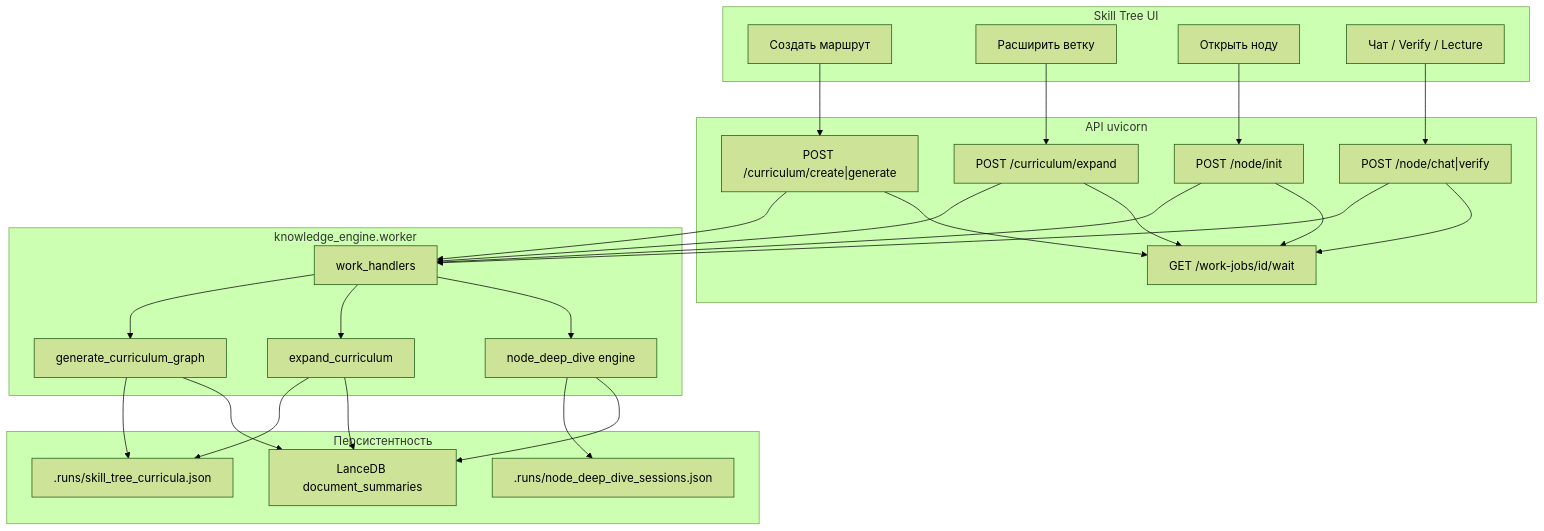
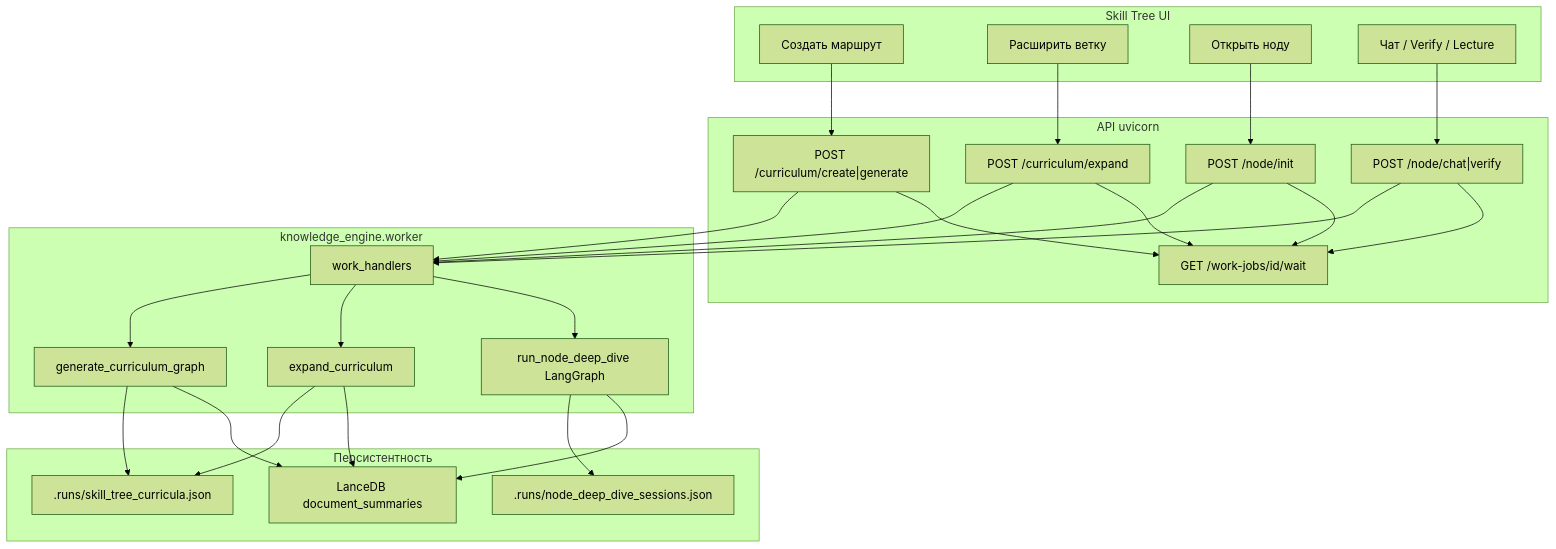
The first of 7 diagrams in knowledge_engine/docs/TUTOR_PIPELINES.md (6Artem6/REsearch), drawn with Mermaid (forest theme) before and after one commit. The commit also changed other lines of this file and 15 other files, not shown here.

Commit message:
docs: update architecture runbooks, RAG contexts, and source pools

````diff
--- a/knowledge_engine/docs/TUTOR_PIPELINES.md
+++ b/knowledge_engine/docs/TUTOR_PIPELINES.md
@@ -26,52 +29,52 @@
 ```mermaid
 flowchart TB
   subgraph UI["Skill Tree UI"]
     Create["Создать маршрут"]
     Expand["Расширить ветку"]
     OpenNode["Открыть ноду"]
     Chat["Чат / Verify / Lecture"]
   end
 
   subgraph API["API uvicorn"]
     CG["POST /curriculum/create|generate"]
     CE["POST /curriculum/expand"]
     NI["POST /node/init"]
     NC["POST /node/chat|verify"]
     WJ["GET /work-jobs/id/wait"]
   end
 
   subgraph Worker["knowledge_engine.worker"]
     WH["work_handlers"]
     Gen["generate_curriculum_graph"]
     Exp["expand_curriculum"]
-    Dive["node_deep_dive engine"]
+    Dive["run_node_deep_dive LangGraph"]
   end
 
   subgraph Store["Персистентность"]
     ST[".runs/skill_tree_curricula.json"]
     ND[".runs/node_deep_dive_sessions.json"]
     LB["LanceDB document_summaries"]
   end
 
   Create --> CG
   Expand --> CE
   OpenNode --> NI
   Chat --> NC
   CG --> WH
   CE --> WH
   NI --> WH
   NC --> WH
   WH --> Gen
   WH --> Exp
   WH --> Dive
   Gen --> ST
   Exp --> ST
   Dive --> ND
   Gen --> LB
   Exp --> LB
   Dive --> LB
   CG --> WJ
   CE --> WJ
   NI --> WJ
   NC --> WJ
 ```
````
